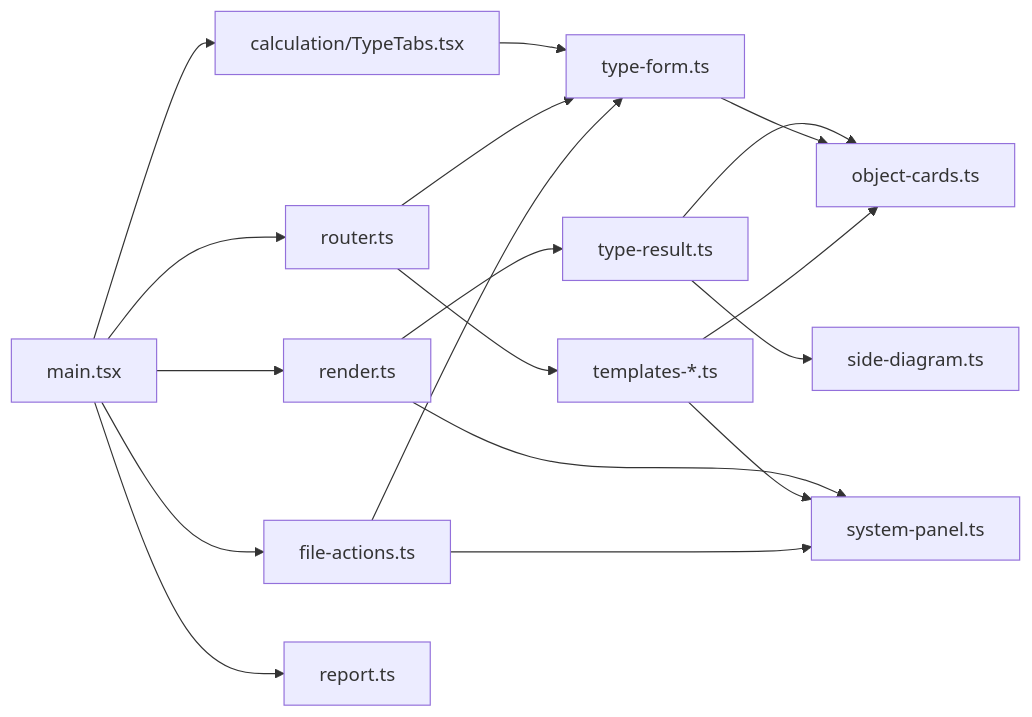
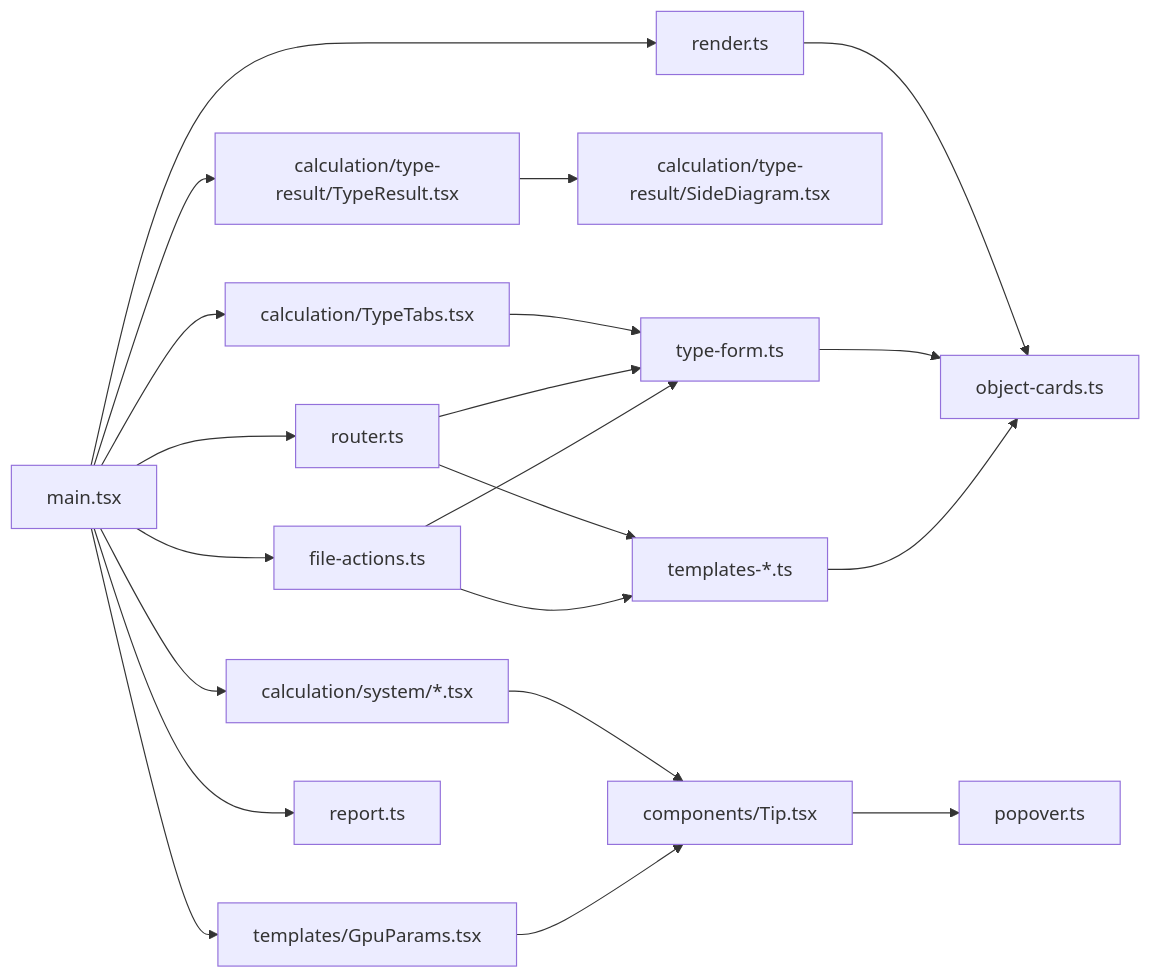
The first of 2 diagrams in docs/architecture/modules/ui.md (SergeyKrasnoslobodtsev/camera-calc), drawn with Mermaid before and after one commit. The commit also changed other lines of this file and 1 other file, not shown here.

````diff
--- a/docs/architecture/modules/ui.md
+++ b/docs/architecture/modules/ui.md
@@ -53,20 +58,23 @@
 ```mermaid
 flowchart LR
     main[main.tsx] --> render[render.ts]
     main --> tabs[calculation/TypeTabs.tsx]
+    main --> result[calculation/type-result/TypeResult.tsx]
+    main --> system[calculation/system/*.tsx]
+    main --> params[templates/GpuParams.tsx]
     main --> router[router.ts]
     main --> actions[file-actions.ts]
     main --> report[report.ts]
-    render --> result[type-result.ts]
-    render --> panel[system-panel.ts]
-    result --> cards[object-cards.ts]
-    result --> diagram[side-diagram.ts]
+    render --> cards[object-cards.ts]
+    result --> diagram[calculation/type-result/SideDiagram.tsx]
+    system --> tip[components/Tip.tsx]
+    params --> tip
+    tip --> popover[popover.ts]
     tabs --> form[type-form.ts]
     form --> cards
     router --> templates[templates-*.ts]
     router --> form
-    templates --> panel
     templates --> cards
-    actions --> panel
+    actions --> templates
     actions --> form
 ```
````
